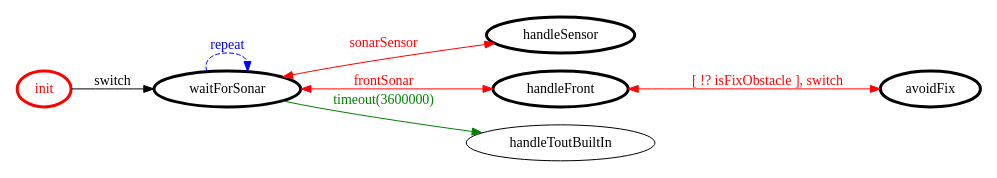
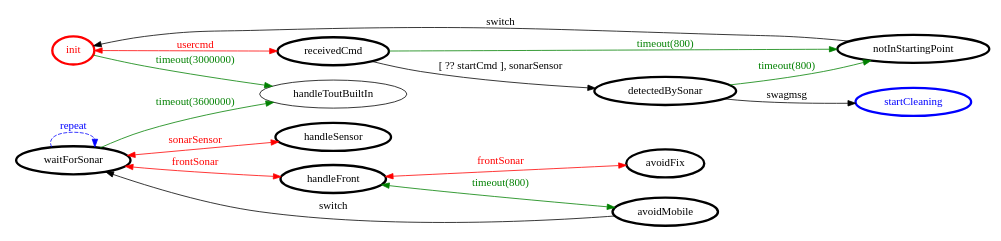
One commit to FFrabetti/ProgettoISS_relazione changed the diagram in it.unibo.finalTask2018/srcMore/it/unibo/swag2pa/swag2pa.gv. Above: the diagram before and after it, drawn with Graphviz. The commit also changed 7 other files, not shown here.

Commit message:
swag2: test per start cmd

```diff
--- a/it.unibo.finalTask2018/srcMore/it/unibo/swag2pa/swag2pa.gv
+++ b/it.unibo.finalTask2018/srcMore/it/unibo/swag2pa/swag2pa.gv
@@ -1,24 +1,37 @@
 /*
 *
 * A GraphViz DOT FSM description 
 * Please use a GraphViz visualizer (like http://www.webgraphviz.com)
 *  
 */
 
 digraph finite_state_machine {
 	rankdir=LR
 	size="8,5"
 	
 	init [ color = red ][ fontcolor = red ][ penwidth = 3 ]
 	avoidFix [ color = black ][ fontcolor = black ][ penwidth = 3 ]
+	notInStartingPoint [ color = black ][ fontcolor = black ][ penwidth = 3 ]
 	handleSensor [ color = black ][ fontcolor = black ][ penwidth = 3 ]
 	handleFront [ color = black ][ fontcolor = black ][ penwidth = 3 ]
+	detectedBySonar [ color = black ][ fontcolor = black ][ penwidth = 3 ]
 	waitForSonar [ color = black ][ fontcolor = black ][ penwidth = 3 ]
+	receivedCmd [ color = black ][ fontcolor = black ][ penwidth = 3 ]
+	avoidMobile [ color = black ][ fontcolor = black ][ penwidth = 3 ]
+	startCleaning [ color = blue ][ fontcolor = blue ][ penwidth = 3 ]
 	
+	notInStartingPoint -> init [ label = "switch" ][ color = black ][ fontcolor = black ]
+	avoidMobile -> waitForSonar [ label = "switch" ][ color = black ][ fontcolor = black ]
+	handleFront -> avoidFix [ label = "frontSonar" ][ color = red ][ fontcolor = red ][ dir = both ]
+	receivedCmd -> detectedBySonar [ label = "[ ?? startCmd ], sonarSensor" ][ color = black ][ fontcolor = black ]
+	waitForSonar -> handleSensor [ label = "sonarSensor" ][ color = red ][ fontcolor = red ][ dir = both ]
+	init -> receivedCmd [ label = "usercmd" ][ color = red ][ fontcolor = red ][ dir = both ]
+	waitForSonar -> waitForSonar [ label = "repeat "][ style = dashed ][ color = blue ][ fontcolor = blue ]
 	waitForSonar -> handleToutBuiltIn [ label = "timeout(3600000)" ][ color = green ][ fontcolor = green ]
-	init -> waitForSonar [ label = "switch" ][ color = black ][ fontcolor = black ]
-	waitForSonar -> handleSensor [ label = "sonarSensor" ][ color = red ][ fontcolor = red ][ dir = both ]
+	detectedBySonar -> notInStartingPoint [ label = "timeout(800)" ][ color = green ][ fontcolor = green ]
 	waitForSonar -> handleFront [ label = "frontSonar" ][ color = red ][ fontcolor = red ][ dir = both ]
-	handleFront -> avoidFix [ label = "[ !? isFixObstacle ], switch" ][ color = red ][ fontcolor = red ][ dir = both ]
-	waitForSonar -> waitForSonar [ label = "repeat "][ style = dashed ][ color = blue ][ fontcolor = blue ]
+	init -> handleToutBuiltIn [ label = "timeout(3000000)" ][ color = green ][ fontcolor = green ]
+	handleFront -> avoidMobile [ label = "timeout(800)" ][ color = green ][ fontcolor = green ][ dir = both ]
+	receivedCmd -> notInStartingPoint [ label = "timeout(800)" ][ color = green ][ fontcolor = green ]
+	detectedBySonar -> startCleaning [ label = "swagmsg" ][ color = black ][ fontcolor = black ]
 }
```
